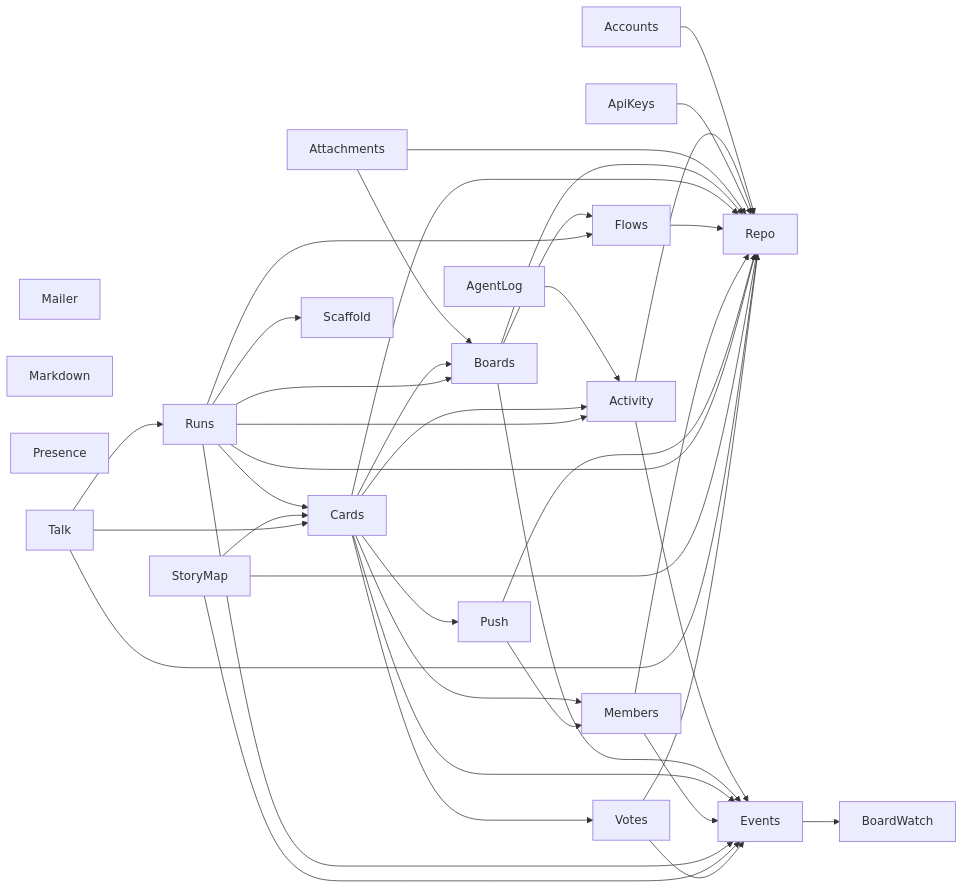
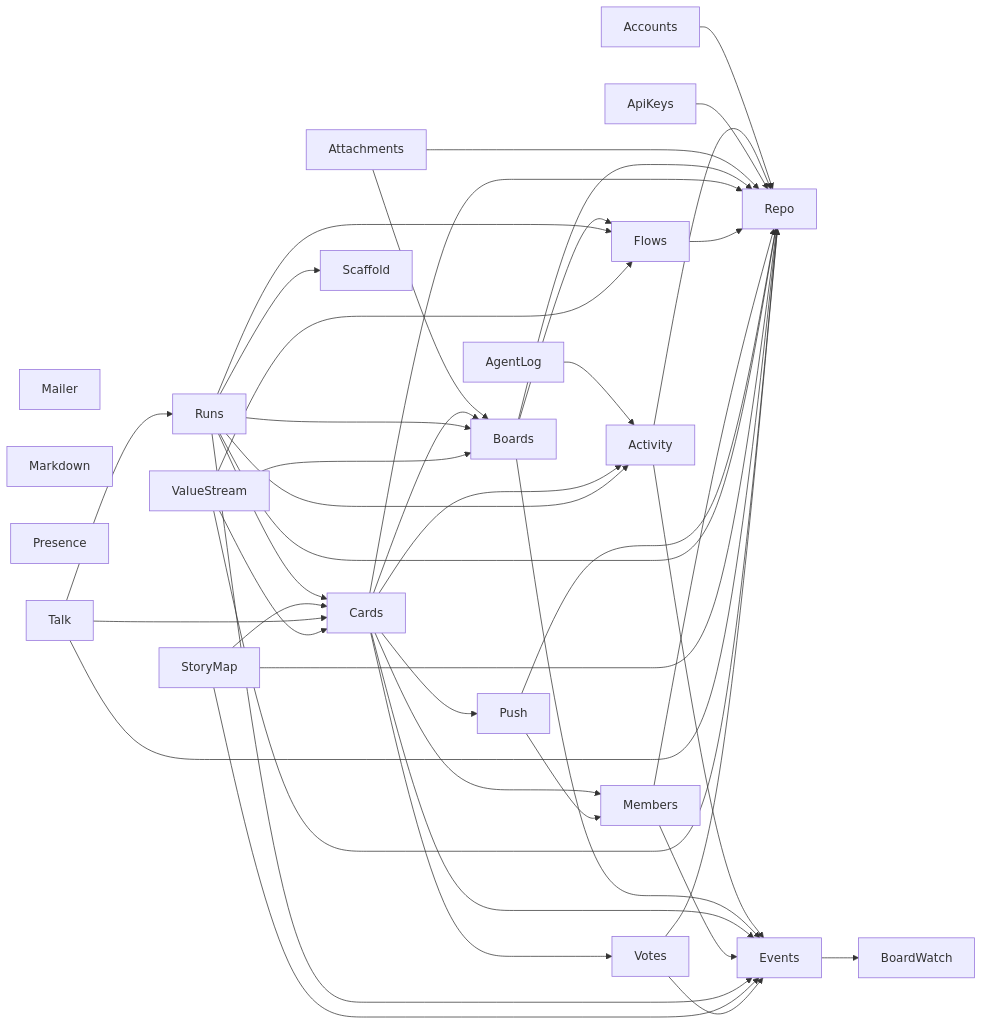
The second of 2 diagrams in docs/architecture/deps.md (jeremylightsmith/relay), drawn with Mermaid before and after one commit. The commit also changed 5 other files, not shown here.

Commit message:
RE146: Relay.ValueStream — stream states and per-card level-1 spans

````diff
--- a/docs/architecture/deps.md
+++ b/docs/architecture/deps.md
@@ -29,44 +29,48 @@
 ```mermaid
 flowchart LR
     Mailer
     Markdown
     Presence
     Accounts --> Repo
     Activity --> Events
     Activity --> Repo
     AgentLog --> Activity
     ApiKeys --> Repo
     Attachments --> Boards
     Attachments --> Repo
     Boards --> Events
     Boards --> Flows
     Boards --> Repo
     Cards --> Activity
     Cards --> Boards
     Cards --> Events
     Cards --> Members
     Cards --> Push
     Cards --> Repo
     Cards --> Votes
     Events --> BoardWatch
     Flows --> Repo
     Members --> Events
     Members --> Repo
     Push --> Members
     Push --> Repo
     Runs --> Activity
     Runs --> Boards
     Runs --> Cards
     Runs --> Events
     Runs --> Flows
     Runs --> Repo
     Runs --> Scaffold
     StoryMap --> Cards
     StoryMap --> Events
     StoryMap --> Repo
     Talk --> Cards
     Talk --> Repo
     Talk --> Runs
+    ValueStream --> Boards
+    ValueStream --> Cards
+    ValueStream --> Flows
+    ValueStream --> Repo
     Votes --> Events
     Votes --> Repo
 ```
````
